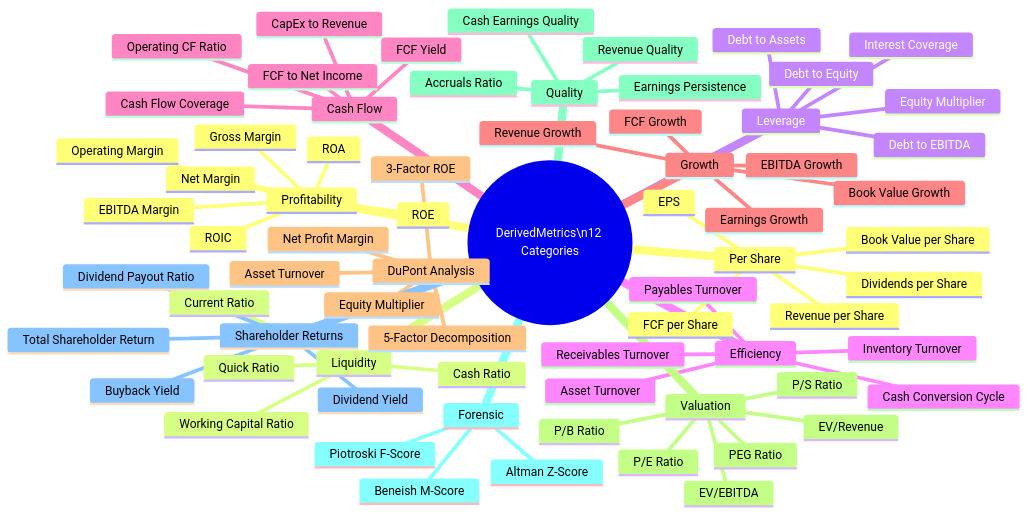
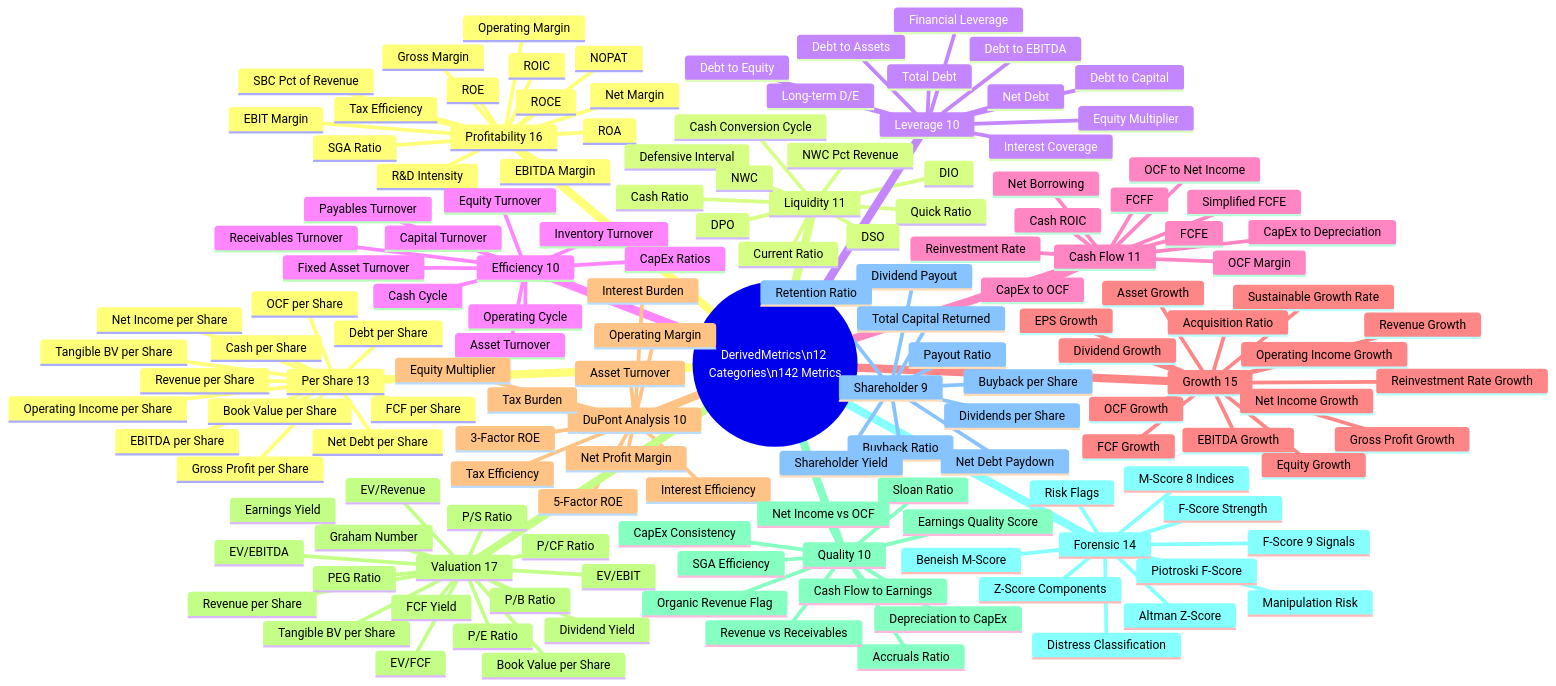
One commit to shantanumahale/excella changed the sixth of 10 diagrams in system-design/architecture.md. Above: the diagram before and after it, drawn with Mermaid. The commit also changed other lines of this file and 7 other files, not shown here.

````diff
--- a/system-design/architecture.md
+++ b/system-design/architecture.md
@@ -351,74 +405,151 @@
 ```mermaid
 mindmap
-  root((DerivedMetrics\n12 Categories))
-    Profitability
+  root((DerivedMetrics\n12 Categories\n142 Metrics))
+    Profitability 16
       Gross Margin
       Operating Margin
       Net Margin
       EBITDA Margin
+      EBIT Margin
       ROA
       ROE
+      ROCE
       ROIC
-    Liquidity
+      NOPAT
+      Tax Efficiency
+      R&D Intensity
+      SGA Ratio
+      SBC Pct of Revenue
+    Liquidity 11
       Current Ratio
       Quick Ratio
       Cash Ratio
-      Working Capital Ratio
-    Leverage
+      Defensive Interval
+      NWC
+      NWC Pct Revenue
+      DIO
+      DSO
+      DPO
+      Cash Conversion Cycle
+    Leverage 10
+      Total Debt
+      Net Debt
       Debt to Equity
       Debt to Assets
+      Debt to EBITDA
+      Debt to Capital
+      Long-term D/E
       Interest Coverage
       Equity Multiplier
-      Debt to EBITDA
-    Efficiency
+      Financial Leverage
+    Efficiency 10
       Asset Turnover
+      Fixed Asset Turnover
       Inventory Turnover
       Receivables Turnover
       Payables Turnover
-      Cash Conversion Cycle
-    Cash Flow
-      Operating CF Ratio
-      FCF Yield
-      FCF to Net Income
-      CapEx to Revenue
-      Cash Flow Coverage
-    Growth
+      Equity Turnover
+      Capital Turnover
+      Operating Cycle
+      Cash Cycle
+      CapEx Ratios
+    Cash Flow 11
+      FCFF
+      FCFE
+      Simplified FCFE
+      OCF Margin
+      OCF to Net Income
+      CapEx to OCF
+      CapEx to Depreciation
+      Cash ROIC
+      Reinvestment Rate
+      Net Borrowing
+    Growth 15
       Revenue Growth
-      Earnings Growth
+      Gross Profit Growth
+      Operating Income Growth
       EBITDA Growth
+      Net Income Growth
+      EPS Growth
+      OCF Growth
       FCF Growth
-      Book Value Growth
-    DuPont Analysis
+      Asset Growth
+      Equity Growth
+      Dividend Growth
+      Sustainable Growth Rate
+      Acquisition Ratio
+      Reinvestment Rate Growth
+    DuPont Analysis 10
+      3-Factor ROE
       Net Profit Margin
       Asset Turnover
       Equity Multiplier
-      3-Factor ROE
-      5-Factor Decomposition
-    Valuation
+      5-Factor ROE
+      Tax Burden
+      Interest Burden
+      Operating Margin
+      Tax Efficiency
+      Interest Efficiency
+    Valuation 17
       P/E Ratio
       P/B Ratio
       P/S Ratio
+      P/CF Ratio
       EV/EBITDA
+      EV/EBIT
       EV/Revenue
+      EV/FCF
+      Earnings Yield
+      FCF Yield
+      Dividend Yield
       PEG Ratio
-    Quality
+      Graham Number
+      Book Value per Share
+      Tangible BV per Share
+      Revenue per Share
+    Quality 10
       Accruals Ratio
-      Earnings Persistence
-      Cash Earnings Quality
-      Revenue Quality
-    Forensic
+      Sloan Ratio
+      Cash Flow to Earnings
+      Earnings Quality Score
+      Revenue vs Receivables
+      Net Income vs OCF
+      CapEx Consistency
+      Organic Revenue Flag
+      SGA Efficiency
+      Depreciation to CapEx
+    Forensic 14
       Altman Z-Score
+      Z-Score Components
+      Distress Classification
       Piotroski F-Score
+      F-Score 9 Signals
+      F-Score Strength
       Beneish M-Score
-    Shareholder Returns
-      Dividend Yield
-      Dividend Payout Ratio
-      Buyback Yield
-      Total Shareholder Return
-    Per Share
-      EPS
+      M-Score 8 Indices
+      Manipulation Risk
+      Risk Flags
+    Shareholder 9
+      Payout Ratio
+      Dividend Payout
+      Retention Ratio
+      Buyback Ratio
+      Shareholder Yield
+      Total Capital Returned
+      Net Debt Paydown
+      Dividends per Share
+      Buyback per Share
+    Per Share 13
+      Revenue per Share
+      Gross Profit per Share
+      Operating Income per Share
+      EBITDA per Share
+      Net Income per Share
       Book Value per Share
-      Revenue per Share
+      Tangible BV per Share
+      OCF per Share
       FCF per Share
-      Dividends per Share
+      Debt per Share
+      Net Debt per Share
+      Cash per Share
 ```
````
